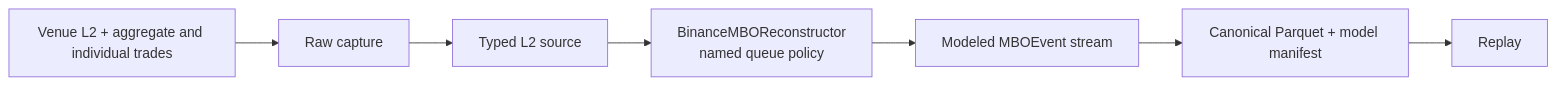
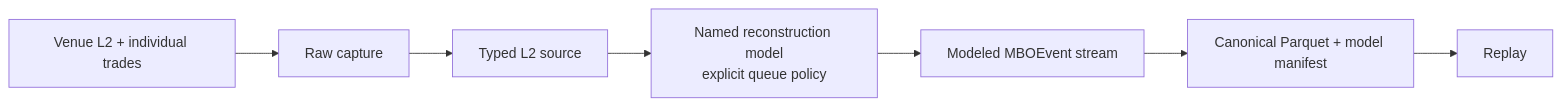
One commit to tradingexpert/ordersim changed the third of 6 diagrams in docs/architecture.md. Above: the diagram before and after it, drawn with Mermaid. The commit also changed other lines of this file and 8 other files, not shown here.

Commit message:
Clarify vendor-independent data architecture (#64)

````diff
--- a/docs/architecture.md
+++ b/docs/architecture.md
@@ -68,12 +76,12 @@
 ```mermaid
 flowchart LR
-    venue["Venue L2 + aggregate and individual trades"]
+    venue["Venue L2 + individual trades"]
     capture["Raw capture"]
     source["Typed L2 source"]
-    model["BinanceMBOReconstructor<br/>named queue policy"]
+    model["Named reconstruction model<br/>explicit queue policy"]
     modeled["Modeled MBOEvent stream"]
     parquet["Canonical Parquet + model manifest"]
     replay["Replay"]
 
     venue --> capture --> source --> model --> modeled --> parquet --> replay
 ```
````
